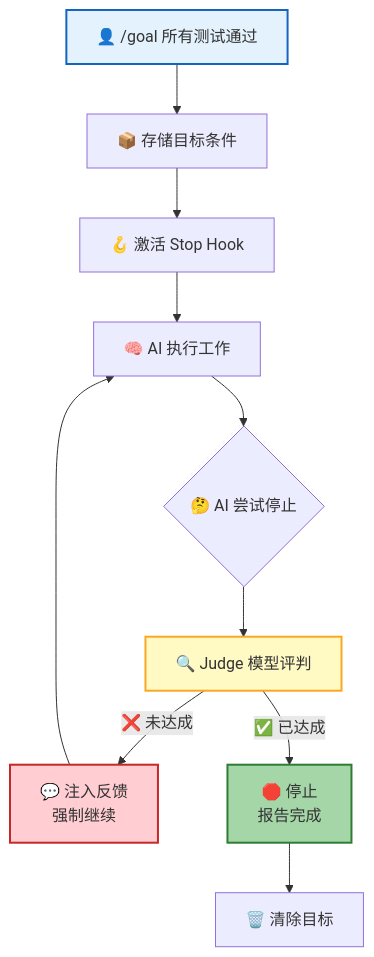
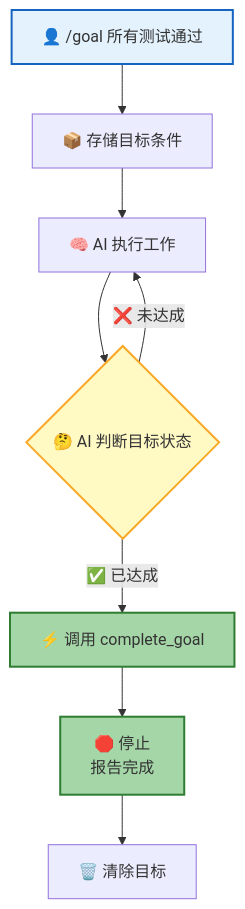
The fourth of 5 diagrams in src/content/docs/features/commands.md (rtc-agent/docs), drawn with Mermaid before and after one commit. The commit also changed other lines of this file and 60 other files, not shown here.

First line of the commit message:
docs(site): refresh documentation with new sections and improved diagrams

````diff
--- a/src/content/docs/features/commands.md
+++ b/src/content/docs/features/commands.md
@@ -260,17 +127,15 @@
 ```mermaid
 flowchart TD
     A["👤 /goal 所有测试通过"] --> B["📦 存储目标条件"]
-    B --> C["🪝 激活 Stop Hook"]
-    C --> D["🧠 AI 执行工作"]
-    D --> E{"🤔 AI 尝试停止"}
-    E --> F["🔍 Judge 模型评判"]
-    F -->|"❌ 未达成"| G["💬 注入反馈<br/>强制继续"]
-    G --> D
-    F -->|"✅ 已达成"| H["🛑 停止<br/>报告完成"]
-    H --> I["🗑️ 清除目标"]
+    B --> C["🧠 AI 执行工作"]
+    C --> D{"🤔 AI 判断目标状态"}
+    D -->|"❌ 未达成"| C
+    D -->|"✅ 已达成"| E["⚡ 调用 complete_goal"]
+    E --> F["🛑 停止<br/>报告完成"]
+    F --> G["🗑️ 清除目标"]
 
     style A fill:#e3f2fd,stroke:#1565c0,stroke-width:2px
-    style F fill:#fff9c4,stroke:#f9a825,stroke-width:2px
-    style G fill:#ffcdd2,stroke:#c62828,stroke-width:2px
-    style H fill:#a5d6a7,stroke:#2e7d32,stroke-width:2px
+    style D fill:#fff9c4,stroke:#f9a825,stroke-width:2px
+    style E fill:#a5d6a7,stroke:#2e7d32,stroke-width:2px
+    style F fill:#a5d6a7,stroke:#2e7d32,stroke-width:2px
 ```
````
